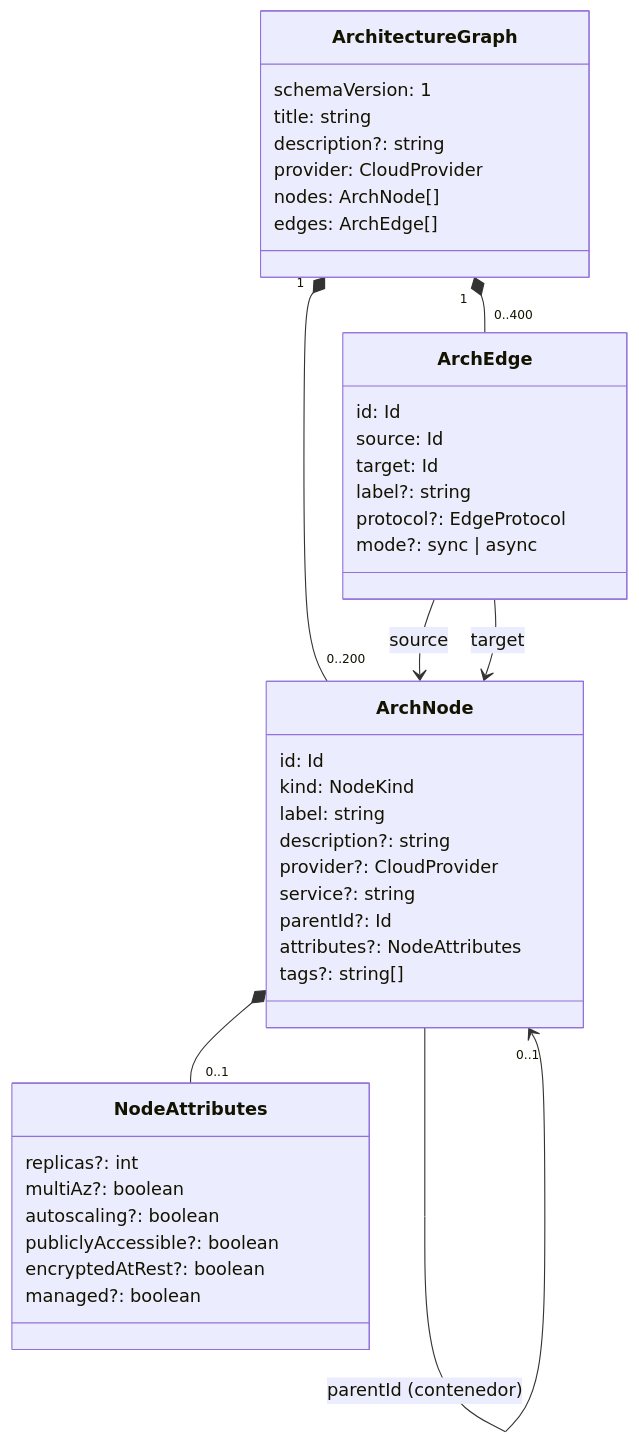
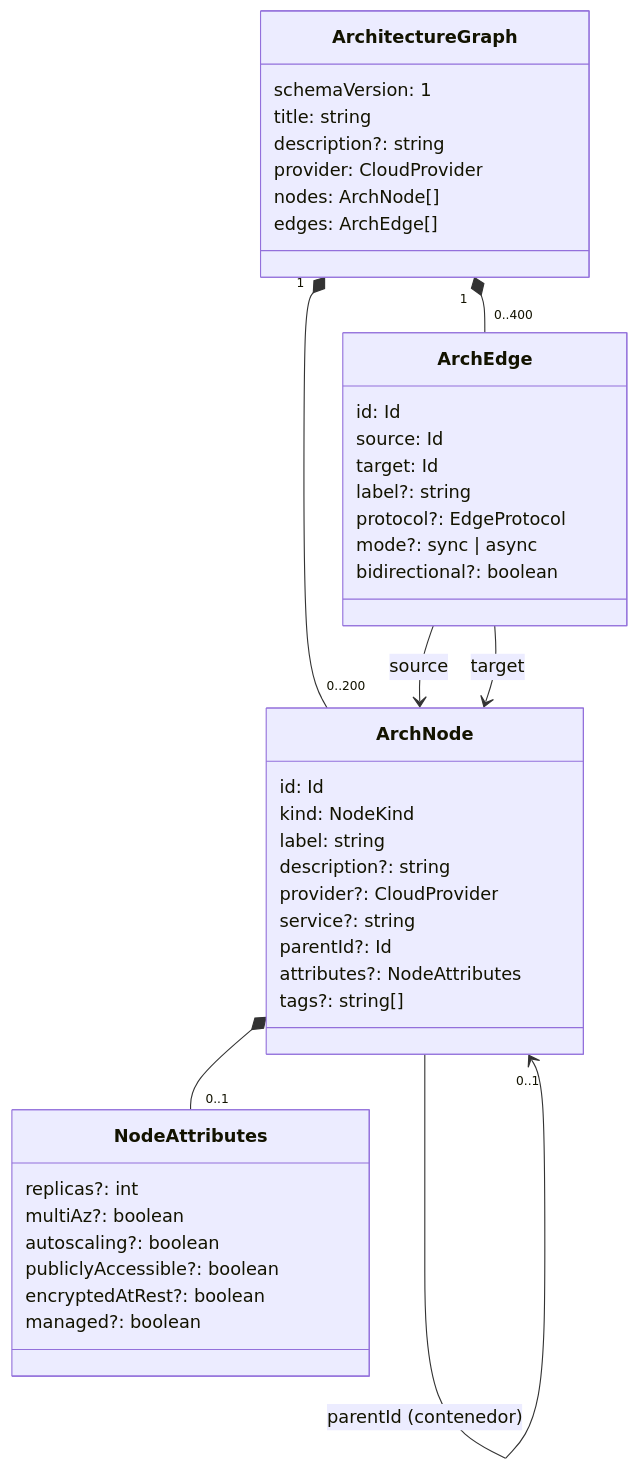
Before and after one commit to cosmemorillojulia/archdraft: the diagram in docs/modelo-de-dominio.md, drawn with Mermaid. The commit also changed other lines of this file and 4 other files, not shown here.

````diff
--- a/docs/modelo-de-dominio.md
+++ b/docs/modelo-de-dominio.md
@@ -7,44 +7,45 @@
 ```mermaid
 classDiagram
   class ArchitectureGraph {
     schemaVersion: 1
     title: string
     description?: string
     provider: CloudProvider
     nodes: ArchNode[]
     edges: ArchEdge[]
   }
   class ArchNode {
     id: Id
     kind: NodeKind
     label: string
     description?: string
     provider?: CloudProvider
     service?: string
     parentId?: Id
     attributes?: NodeAttributes
     tags?: string[]
   }
   class ArchEdge {
     id: Id
     source: Id
     target: Id
     label?: string
     protocol?: EdgeProtocol
     mode?: sync | async
+    bidirectional?: boolean
   }
   class NodeAttributes {
     replicas?: int
     multiAz?: boolean
     autoscaling?: boolean
     publiclyAccessible?: boolean
     encryptedAtRest?: boolean
     managed?: boolean
   }
   ArchitectureGraph "1" *-- "0..200" ArchNode
   ArchitectureGraph "1" *-- "0..400" ArchEdge
   ArchNode --> "0..1" ArchNode : parentId (contenedor)
   ArchEdge --> ArchNode : source
   ArchEdge --> ArchNode : target
   ArchNode *-- "0..1" NodeAttributes
 ```
````
